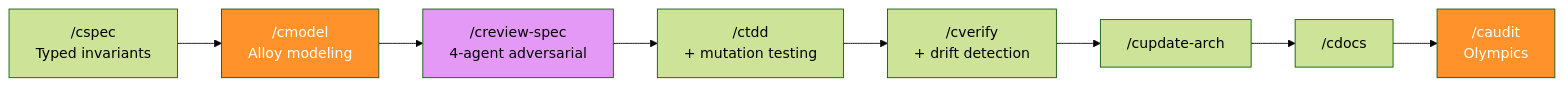
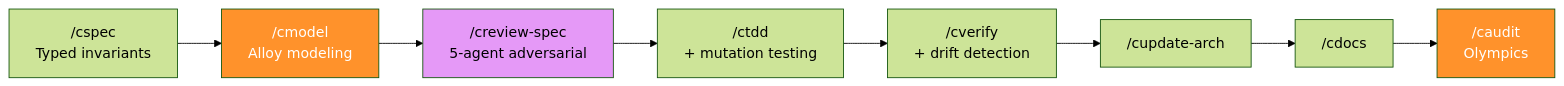
Before and after one commit to joshft/correctless: the second of 6 diagrams in README.md, drawn with Mermaid (forest theme). The commit also changed other lines of this file and 21 other files, not shown here.

````diff
--- a/README.md
+++ b/README.md
@@ -120,14 +120,14 @@
 ```mermaid
 graph LR
     A["/cspec<br/>Typed invariants"] --> B["/cmodel<br/>Alloy modeling"]
-    B --> C["/creview-spec<br/>4-agent adversarial"]
+    B --> C["/creview-spec<br/>5-agent adversarial"]
     C --> D["/ctdd<br/>+ mutation testing"]
     D --> E["/cverify<br/>+ drift detection"]
     E --> F["/cupdate-arch"]
     F --> G["/cdocs"]
     G --> H["/caudit<br/>Olympics"]
 
     style B fill:#ff922b,color:#fff
     style C fill:#e599f7,color:#000
     style H fill:#ff922b,color:#fff
 ```
````
